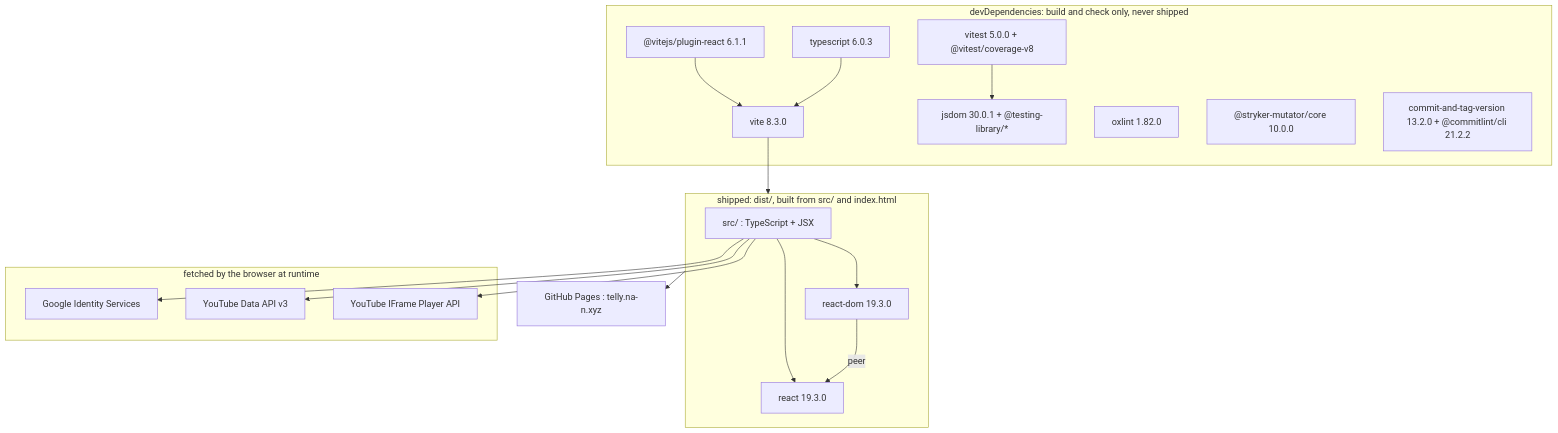
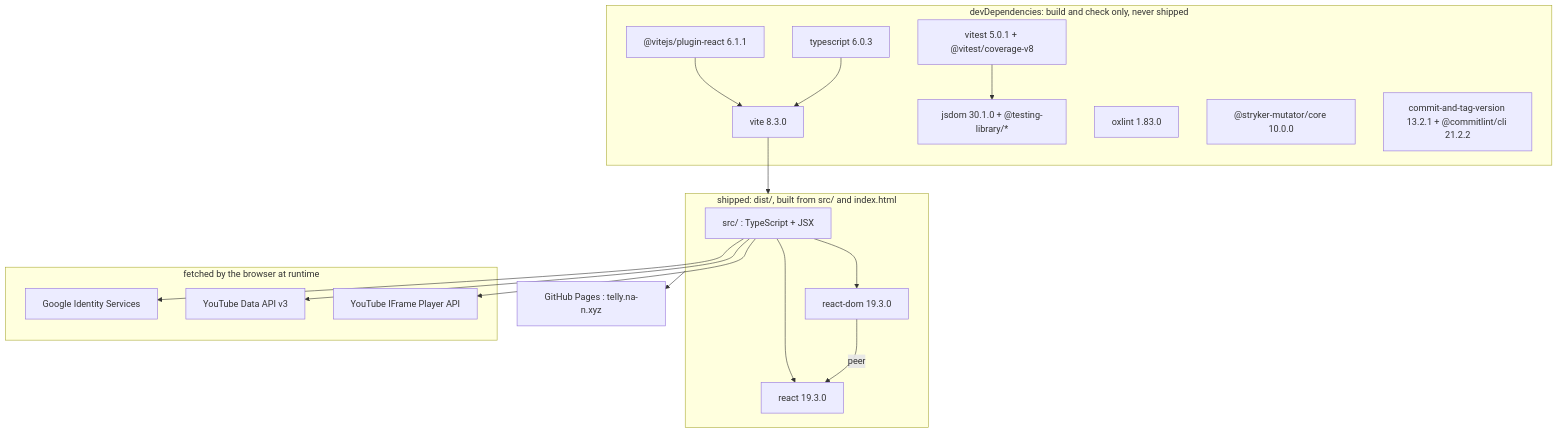
The diagram in docs/architecture/technologies.md (coolhandle01/telly), drawn with Mermaid before and after one commit. The commit also changed other lines of this file and 86 other files, not shown here.

````diff
--- a/docs/architecture/technologies.md
+++ b/docs/architecture/technologies.md
@@ -20,39 +23,39 @@
 ```mermaid
 flowchart TB
   subgraph ship["shipped: dist/, built from src/ and index.html"]
     app["src/ : TypeScript + JSX"]
     react["react 19.3.0"]
     reactdom["react-dom 19.3.0"]
     app --> react
     app --> reactdom
     reactdom -->|"peer"| react
   end
 
   subgraph dev["devDependencies: build and check only, never shipped"]
     vite["vite 8.3.0"]
     plugin["@vitejs/plugin-react 6.1.1"]
     ts["typescript 6.0.3"]
-    vitest["vitest 5.0.0 + @vitest/coverage-v8"]
-    jsdom["jsdom 30.0.1 + @testing-library/*"]
-    oxlint["oxlint 1.82.0"]
+    vitest["vitest 5.0.1 + @vitest/coverage-v8"]
+    jsdom["jsdom 30.1.0 + @testing-library/*"]
+    oxlint["oxlint 1.83.0"]
     stryker["@stryker-mutator/core 10.0.0"]
-    release["commit-and-tag-version 13.2.0 + @commitlint/cli 21.2.2"]
+    release["commit-and-tag-version 13.2.1 + @commitlint/cli 21.2.2"]
   end
 
   subgraph runtime["fetched by the browser at runtime"]
     gis["Google Identity Services"]
     data["YouTube Data API v3"]
     iframe["YouTube IFrame Player API"]
   end
 
   vite --> ship
   plugin --> vite
   ts --> vite
   vitest --> jsdom
   app --> gis
   app --> data
   app --> iframe
 
   pages["GitHub Pages : telly.na-n.xyz"]
   ship --> pages
 ```
````
